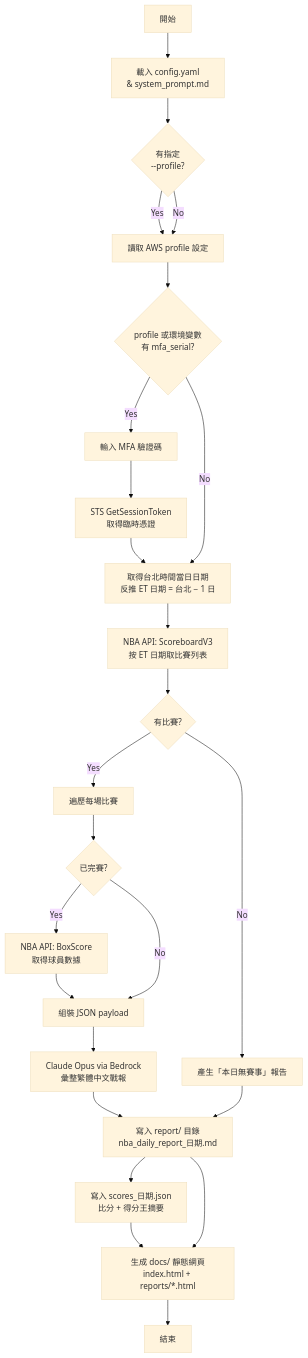
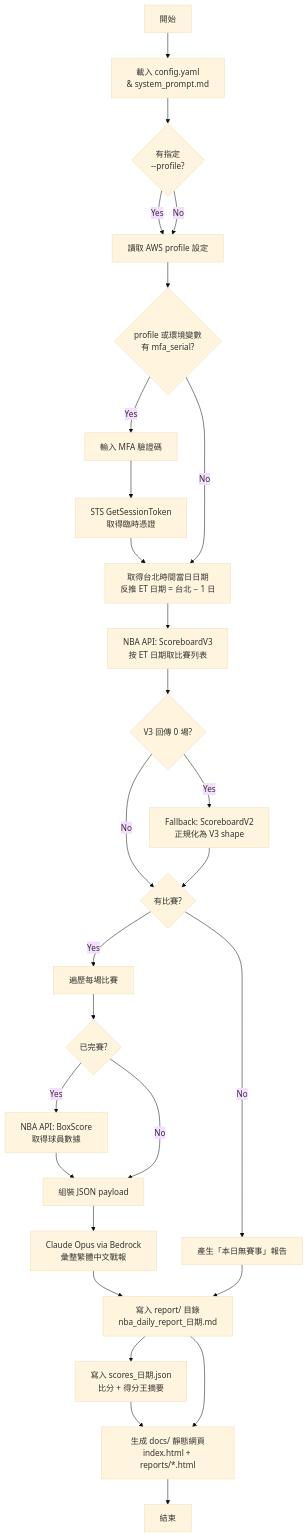
Before and after one commit to r07228019/my_ai: the diagram in test/nba_daily_report/README.md, drawn with Mermaid (base theme). The commit also changed other lines of this file and 13 other files, not shown here.

````diff
--- a/test/nba_daily_report/README.md
+++ b/test/nba_daily_report/README.md
@@ -24,27 +24,30 @@
 ```mermaid
 flowchart TD
     A[開始] --> B[載入 config.yaml<br>& system_prompt.md]
     B --> C{有指定<br>--profile?}
     C -->|Yes| D[讀取 AWS profile 設定]
     C -->|No| D
     D --> E{profile 或環境變數<br>有 mfa_serial?}
     E -->|Yes| F[輸入 MFA 驗證碼]
     F --> G[STS GetSessionToken<br>取得臨時憑證]
     G --> H
     E -->|No| H[取得台北時間當日日期<br>反推 ET 日期 = 台北 − 1 日]
     H --> I[NBA API: ScoreboardV3<br>按 ET 日期取比賽列表]
-    I --> J{有比賽?}
+    I --> I2{V3 回傳 0 場?}
+    I2 -->|Yes| I3[Fallback: ScoreboardV2<br>正規化為 V3 shape]
+    I2 -->|No| J
+    I3 --> J{有比賽?}
     J -->|No| K[產生「本日無賽事」報告]
     J -->|Yes| L[遍歷每場比賽]
     L --> M{已完賽?}
     M -->|Yes| N[NBA API: BoxScore<br>取得球員數據]
     N --> O[組裝 JSON payload]
     M -->|No| O
     O --> P[Claude Opus via Bedrock<br>彙整繁體中文戰報]
     P --> Q[寫入 report/ 目錄<br>nba_daily_report_日期.md]
     Q --> Q2[寫入 scores_日期.json<br>比分 + 得分王摘要]
     K --> Q
     Q2 --> R[生成 docs/ 靜態網頁<br>index.html + reports/*.html]
     Q --> R
     R --> S[結束]
 ```
````
